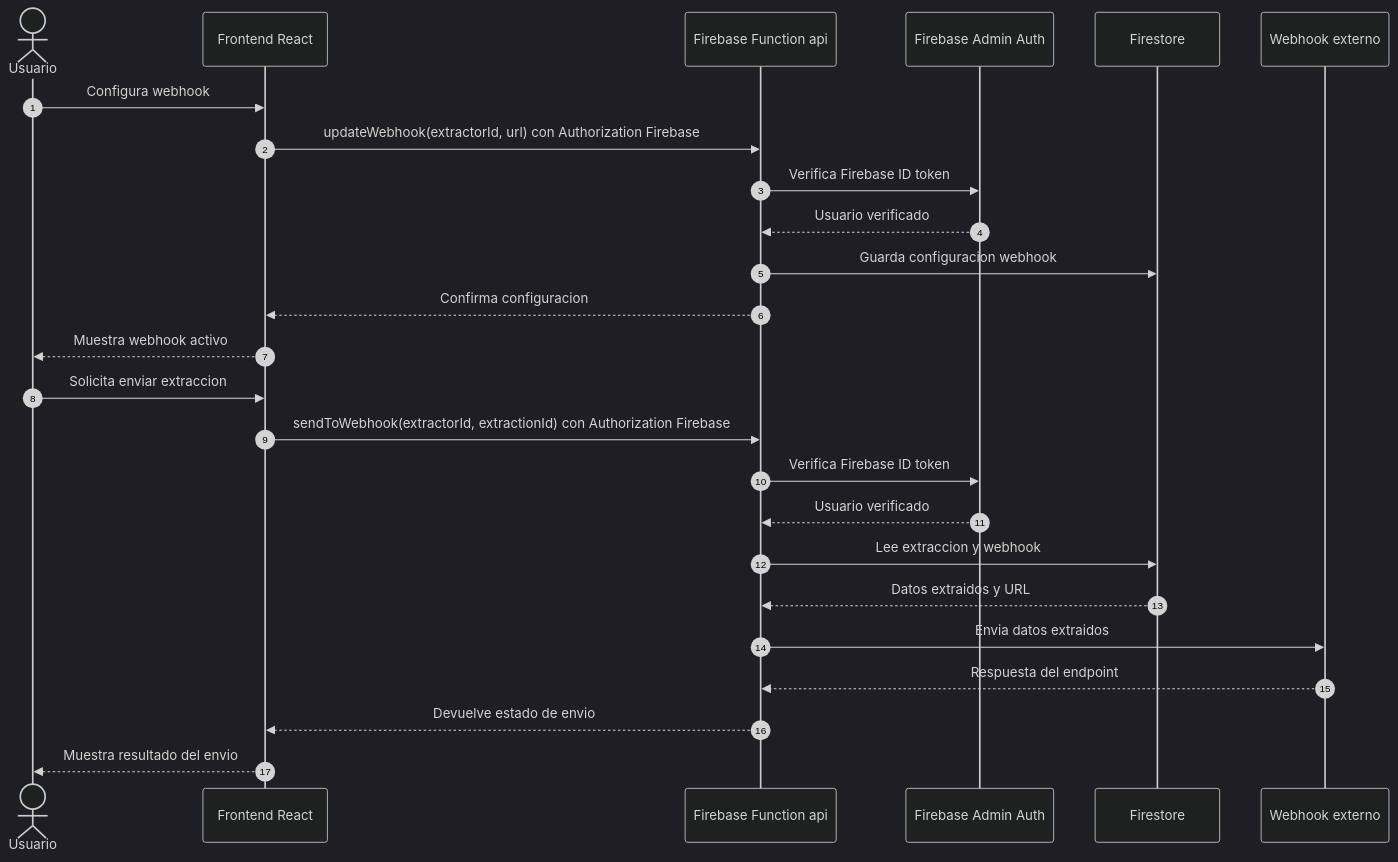
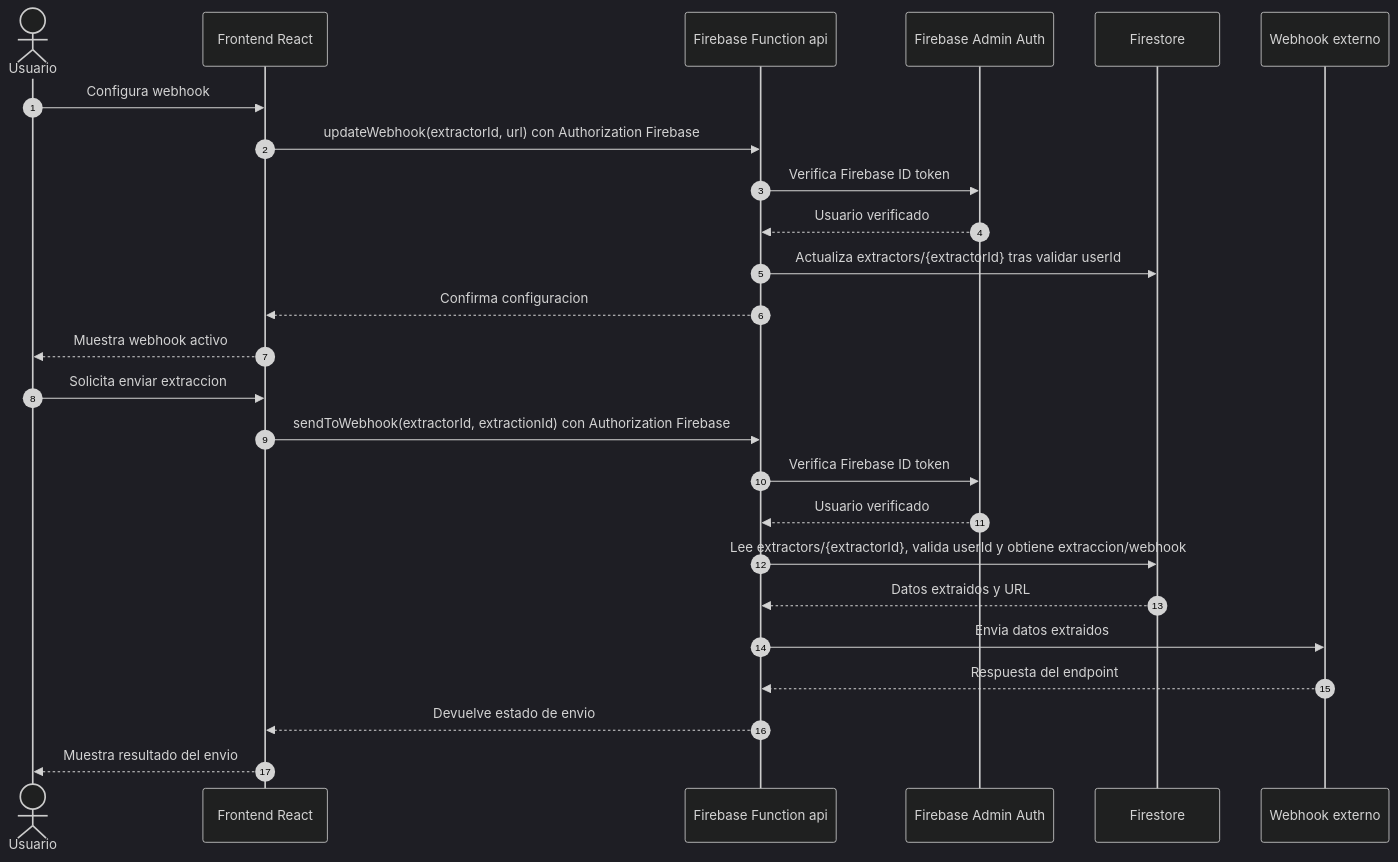
The seventh of 9 diagrams in sequence-diagram.md (mijahilbarra/organizr), drawn with Mermaid (dark theme) before and after one commit. The commit also changed other lines of this file and 72 other files, not shown here.

````diff
--- a/sequence-diagram.md
+++ b/sequence-diagram.md
@@ -149,29 +197,29 @@
 ```mermaid
 sequenceDiagram
   autonumber
   actor User as Usuario
   participant Frontend as Frontend React
   participant Function as Firebase Function api
   participant FirebaseAuth as Firebase Admin Auth
   participant Firestore as Firestore
   participant Webhook as Webhook externo
 
   User->>Frontend: Configura webhook
   Frontend->>Function: updateWebhook(extractorId, url) con Authorization Firebase
   Function->>FirebaseAuth: Verifica Firebase ID token
   FirebaseAuth-->>Function: Usuario verificado
-  Function->>Firestore: Guarda configuracion webhook
+  Function->>Firestore: Actualiza extractors/{extractorId} tras validar userId
   Function-->>Frontend: Confirma configuracion
   Frontend-->>User: Muestra webhook activo
 
   User->>Frontend: Solicita enviar extraccion
   Frontend->>Function: sendToWebhook(extractorId, extractionId) con Authorization Firebase
   Function->>FirebaseAuth: Verifica Firebase ID token
   FirebaseAuth-->>Function: Usuario verificado
-  Function->>Firestore: Lee extraccion y webhook
+  Function->>Firestore: Lee extractors/{extractorId}, valida userId y obtiene extraccion/webhook
   Firestore-->>Function: Datos extraidos y URL
   Function->>Webhook: Envia datos extraidos
   Webhook-->>Function: Respuesta del endpoint
   Function-->>Frontend: Devuelve estado de envio
   Frontend-->>User: Muestra resultado del envio
 ```
````
